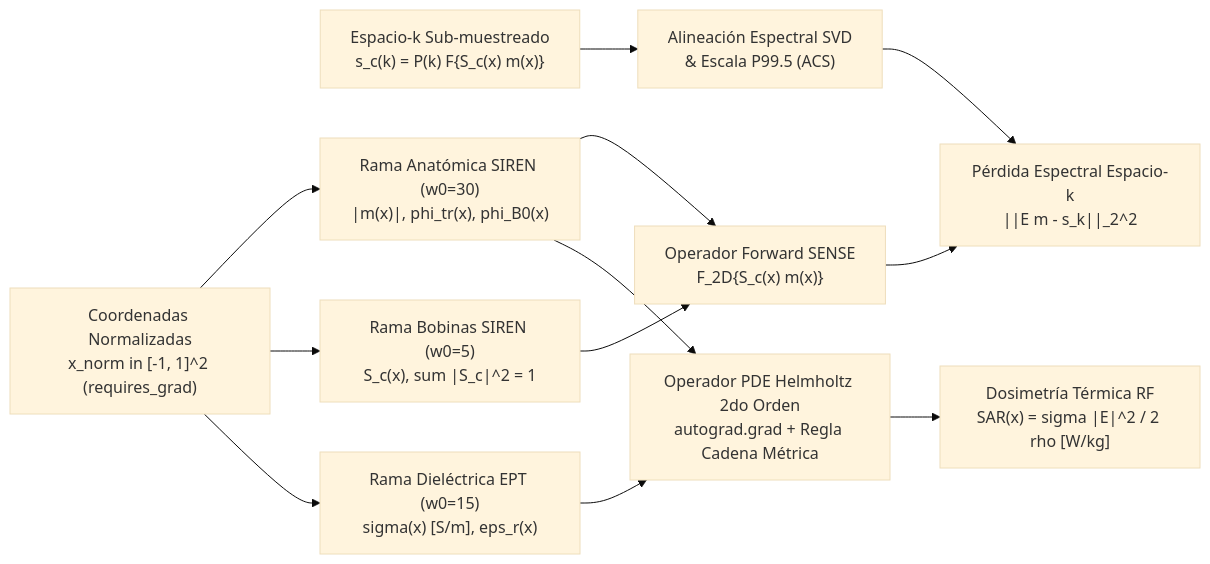
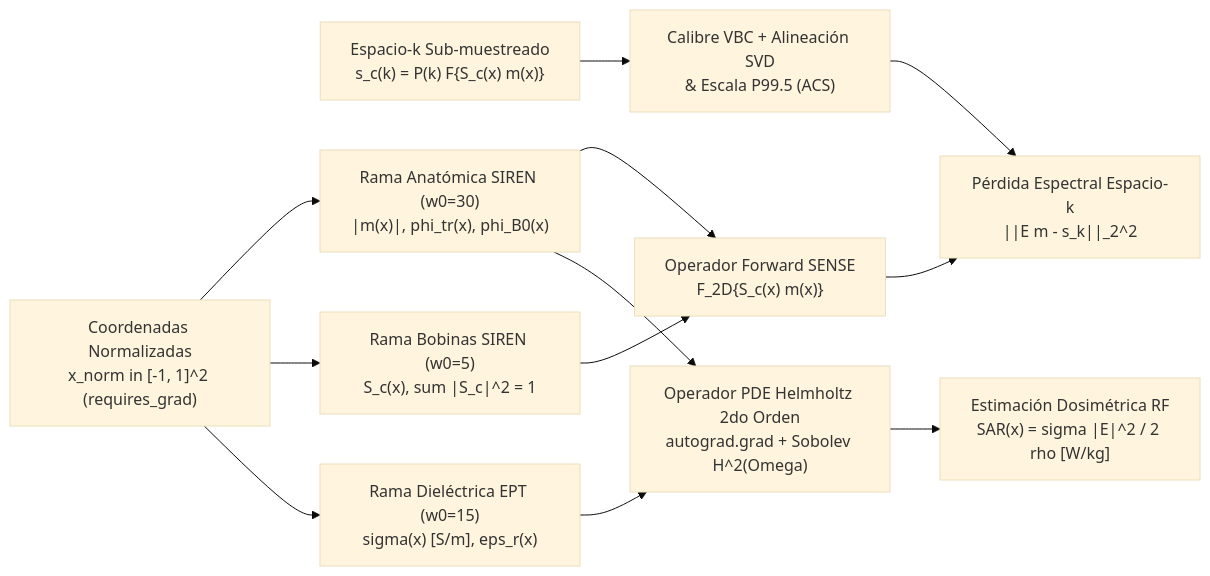
Before and after one commit to yhleonm/Pinn_MRI-: the diagram in README.md, drawn with Mermaid (base theme). The commit also changed other lines of this file and 15 other files, not shown here.

````diff
--- a/README.md
+++ b/README.md
@@ -24,11 +24,11 @@
 ```mermaid
 flowchart LR
-    K["Espacio-k Sub-muestreado<br/>s_c(k) = P(k) F{S_c(x) m(x)}"] --> SVD["Alineación Espectral SVD<br/>& Escala P99.5 (ACS)"]
+    K["Espacio-k Sub-muestreado<br/>s_c(k) = P(k) F{S_c(x) m(x)}"] --> SVD["Calibre VBC + Alineación SVD<br/>& Escala P99.5 (ACS)"]
     XY["Coordenadas Normalizadas<br/>x_norm in [-1, 1]^2 (requires_grad)"] --> N1["Rama Anatómica SIREN (w0=30)<br/>|m(x)|, phi_tr(x), phi_B0(x)"]
     XY --> N2["Rama Bobinas SIREN (w0=5)<br/>S_c(x), sum |S_c|^2 = 1"]
     XY --> N3["Rama Dieléctrica EPT (w0=15)<br/>sigma(x) [S/m], eps_r(x)"]
     N1 & N2 --> SENSE["Operador Forward SENSE<br/>F_2D{S_c(x) m(x)}"]
     SENSE & SVD --> LK["Pérdida Espectral Espacio-k<br/>||E m - s_k||_2^2"]
-    N1 & N3 --> HELM["Operador PDE Helmholtz 2do Orden<br/>autograd.grad + Regla Cadena Métrica"]
-    HELM --> SAR["Dosimetría Térmica RF<br/>SAR(x) = sigma |E|^2 / 2 rho [W/kg]"]
+    N1 & N3 --> HELM["Operador PDE Helmholtz 2do Orden<br/>autograd.grad + Sobolev H^2(Omega)"]
+    HELM --> SAR["Estimación Dosimétrica RF<br/>SAR(x) = sigma |E|^2 / 2 rho [W/kg]"]
 ```
````
